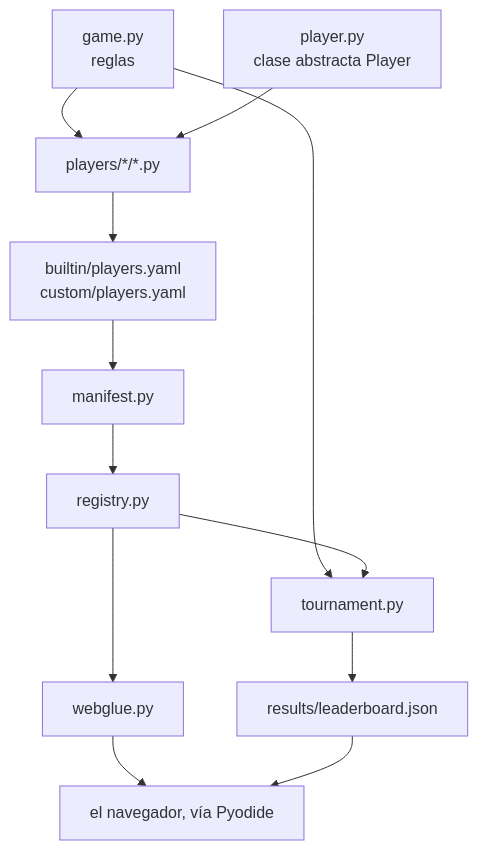
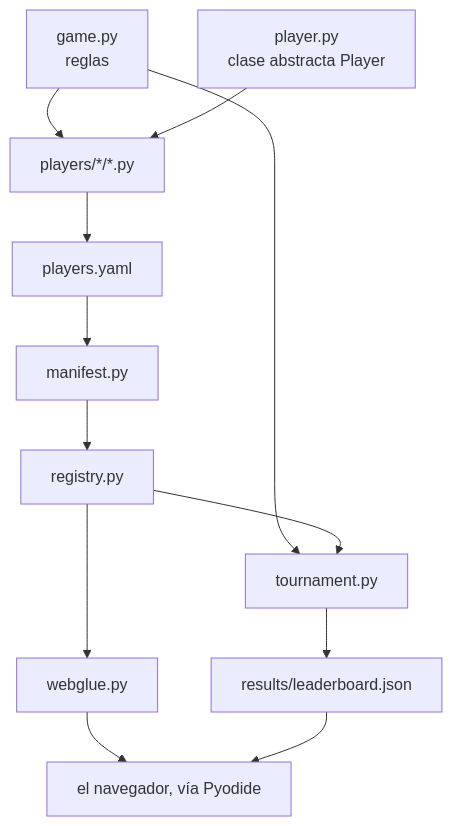
The diagram in docs/game/advanced/code-structure.md (jparisu/nim-arena), drawn with Mermaid before and after one commit. The commit also changed other lines of this file and 106 other files, not shown here.

````diff
--- a/docs/game/advanced/code-structure.md
+++ b/docs/game/advanced/code-structure.md
@@ -52,14 +36,14 @@
 ```mermaid
 flowchart TB
     game["game.py<br/>reglas"] --> players["players/*/*.py"]
     abc["player.py<br/>clase abstracta Player"] --> players
-    players --> manifest["builtin/players.yaml<br/>custom/players.yaml"]
+    players --> manifest["players.yaml"]
     manifest --> loader["manifest.py"]
     loader --> registry["registry.py"]
     game --> tournament["tournament.py"]
     registry --> tournament
     registry --> glue["webglue.py"]
     tournament --> json["results/leaderboard.json"]
     glue --> browser["el navegador, vía Pyodide"]
     json --> browser
 ```
````
